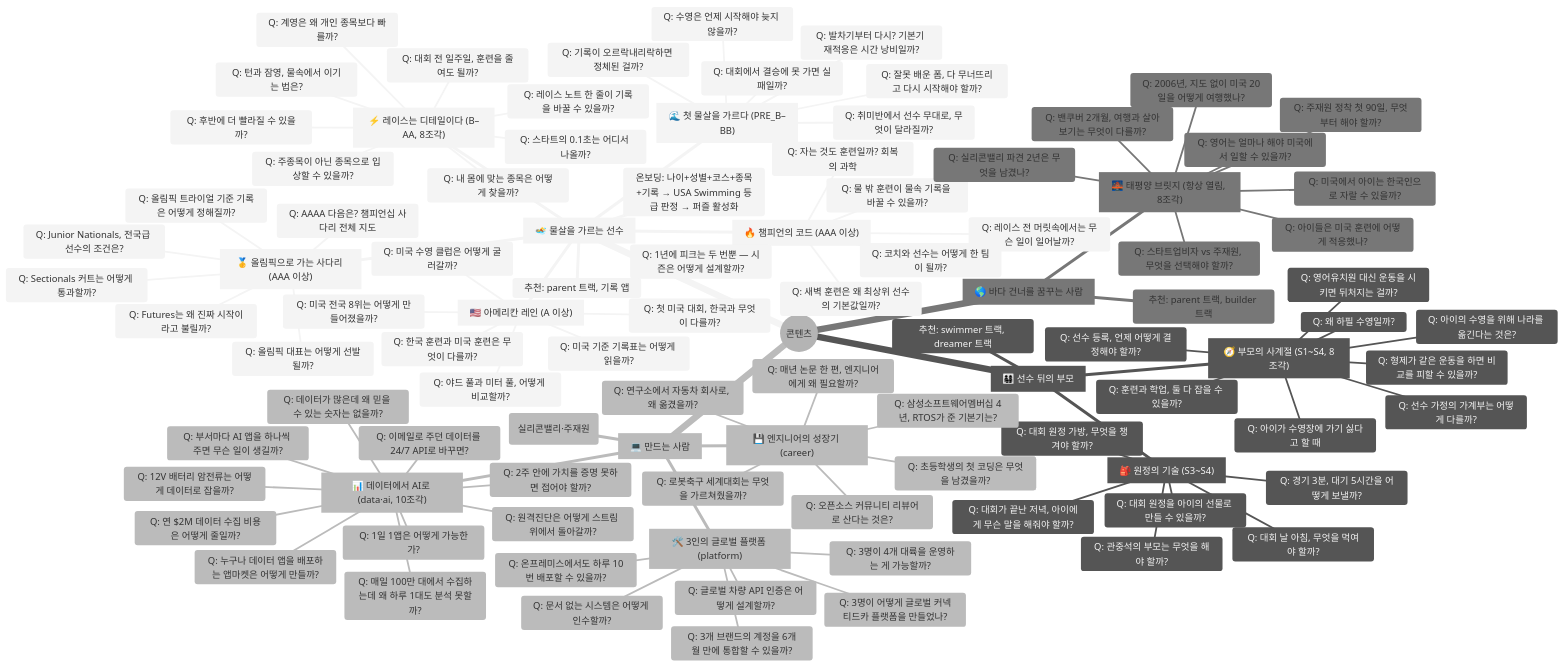
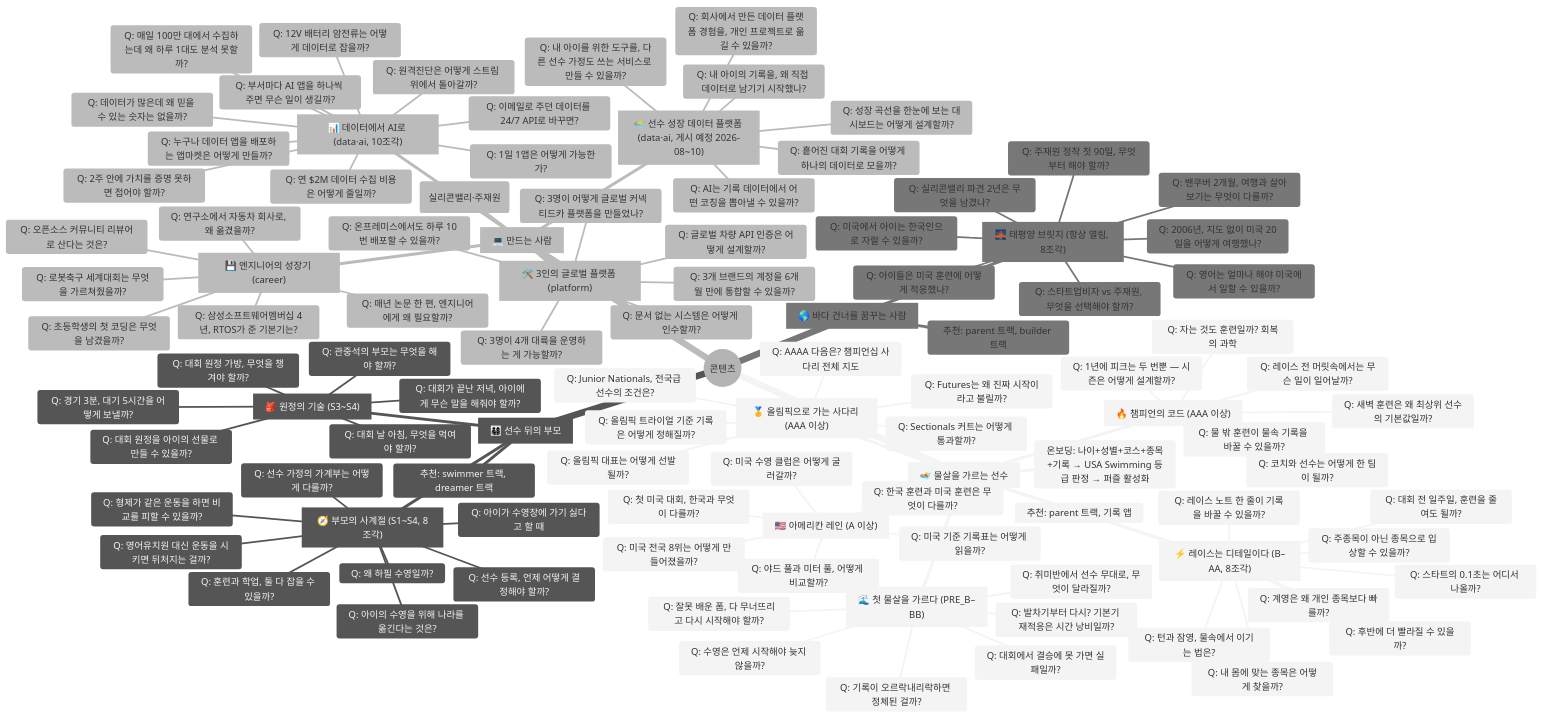
One commit to kyj5482/test changed the diagram in brand/mindmap-content.md. Above: the diagram before and after it, drawn with Mermaid (neutral theme). The commit also changed other lines of this file and 95 other files, not shown here.

```diff
--- a/brand/mindmap-content.md
+++ b/brand/mindmap-content.md
@@ -99,6 +110,13 @@
         Q: 오픈소스 커뮤니티 리뷰어로 산다는 것은?
         Q: 매년 논문 한 편, 엔지니어에게 왜 필요할까?
         Q: 연구소에서 자동차 회사로, 왜 옮겼을까?
+      퍼즐11["🏊‍♂️ 선수 성장 데이터 플랫폼 (data·ai, 게시 예정 2026-08~10)"]
+        Q: 내 아이의 기록을, 왜 직접 데이터로 남기기 시작했나?
+        Q: 흩어진 대회 기록을 어떻게 하나의 데이터로 모을까?
+        Q: 성장 곡선을 한눈에 보는 대시보드는 어떻게 설계할까?
+        Q: AI는 기록 데이터에서 어떤 코칭을 뽑아낼 수 있을까?
+        Q: 회사에서 만든 데이터 플랫폼 경험을, 개인 프로젝트로 옮길 수 있을까?
+        Q: 내 아이를 위한 도구를, 다른 선수 가정도 쓰는 서비스로 만들 수 있을까?
       추천: dreamer 트랙 (실리콘밸리·주재원)
     dreamer["🌎 바다 건너를 꿈꾸는 사람"]
       퍼즐10["🌉 태평양 브릿지 (항상 열림, 8조각)"]
```
